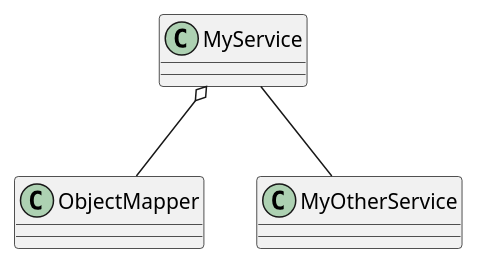
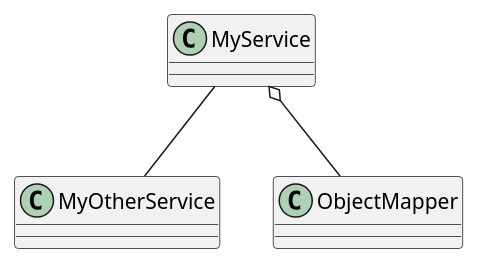
The diagram in assets/plantuml/testing_objectmapper_constructor/diagram.plantuml (red-green-coding/red-green-coding.github.io), drawn with PlantUML before and after one commit. The commit also changed other lines of this file and 3 other files, not shown here.

```diff
--- a/assets/plantuml/testing_objectmapper_constructor/diagram.plantuml
+++ b/assets/plantuml/testing_objectmapper_constructor/diagram.plantuml
@@ -1,10 +1,10 @@
 @startuml
 
 class MyService
+class MyOtherService
 class ObjectMapper
-class MyOtherService
 
 MyService -- MyOtherService
 MyService o-- ObjectMapper
 
 @enduml
```
